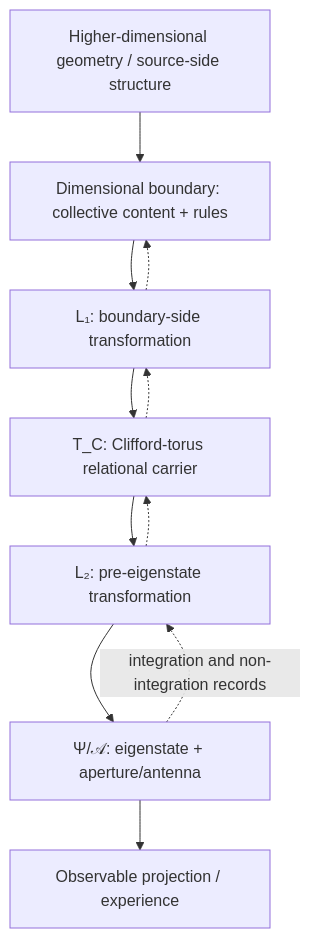
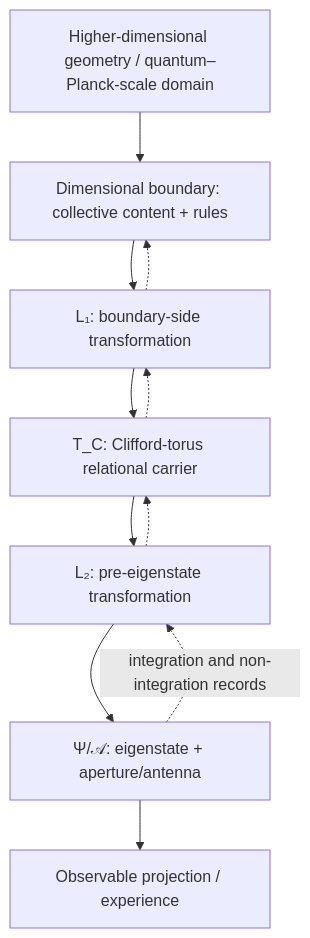
Before and after one commit to sovereign-architect618/Inside-Out-Projection-Model: the first of 10 diagrams in workspace/formalization/2026-10-06/IOM_Current_Recursive_Relationship_Maps.md, drawn with Mermaid. The commit also changed other lines of this file, not shown here.

Commit message:
Align relationship maps with current architecture

````diff
--- a/workspace/formalization/2026-10-06/IOM_Current_Recursive_Relationship_Maps.md
+++ b/workspace/formalization/2026-10-06/IOM_Current_Recursive_Relationship_Maps.md
@@ -12,16 +12,16 @@
 ```mermaid
 flowchart TD
-    H["Higher-dimensional geometry / source-side structure"]
+    H["Higher-dimensional geometry / quantum–Planck-scale domain"]
     B["Dimensional boundary: collective content + rules"]
     L1["L₁: boundary-side transformation"]
     TC["T_C: Clifford-torus relational carrier"]
     L2["L₂: pre-eigenstate transformation"]
     PA["Ψ/𝒜: eigenstate + aperture/antenna"]
     O["Observable projection / experience"]
 
     H --> B --> L1 --> TC --> L2 --> PA --> O
     PA -. "integration and non-integration records" .-> L2
     L2 -.-> TC
     TC -.-> L1
     L1 -.-> B
 ```
````
